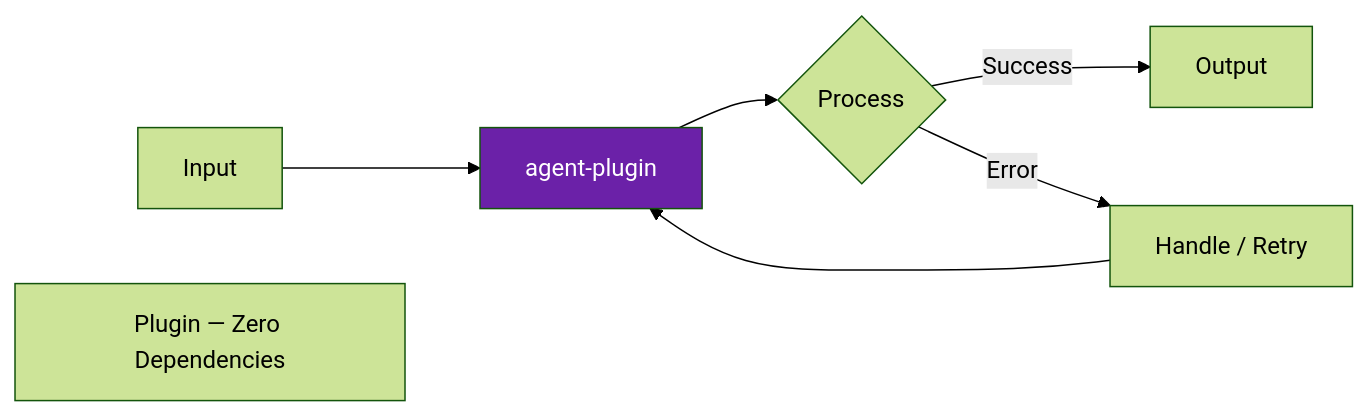
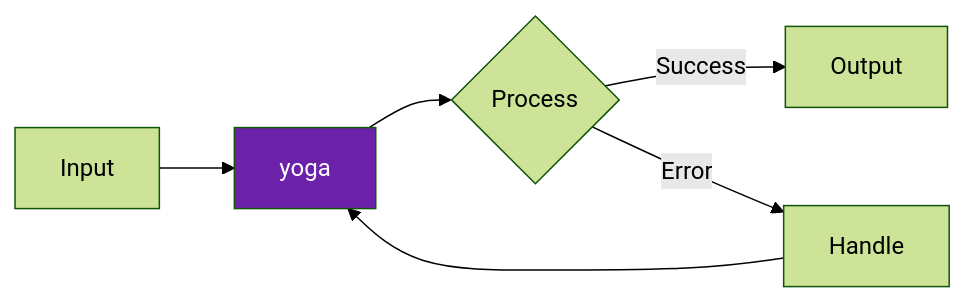
The diagram in README.md (darshjme/agent-plugin), drawn with Mermaid (forest theme) before and after one commit. The commit also changed other lines of this file and 1 other file, not shown here.

First line of the commit message:
feat(vedic-v3): rename to yoga (योग)

````diff
--- a/README.md
+++ b/README.md
@@ -48,10 +39,9 @@
 ```mermaid
 flowchart LR
-    A[Input] --> B[agent-plugin]
+    A[Input] --> B[yoga]
     B --> C{Process}
     C -- Success --> D[Output]
-    C -- Error --> E[Handle / Retry]
+    C -- Error --> E[Handle]
     E --> B
     style B fill:#6b21a8,color:#fff
-    note["Plugin — Zero Dependencies"]
 ```
````
